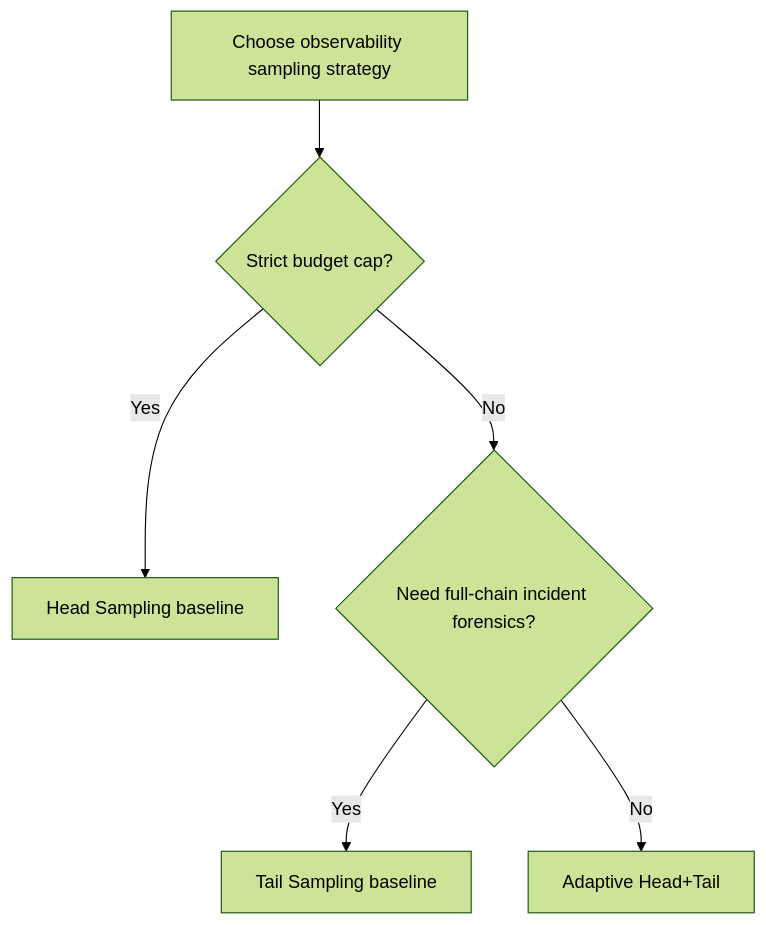
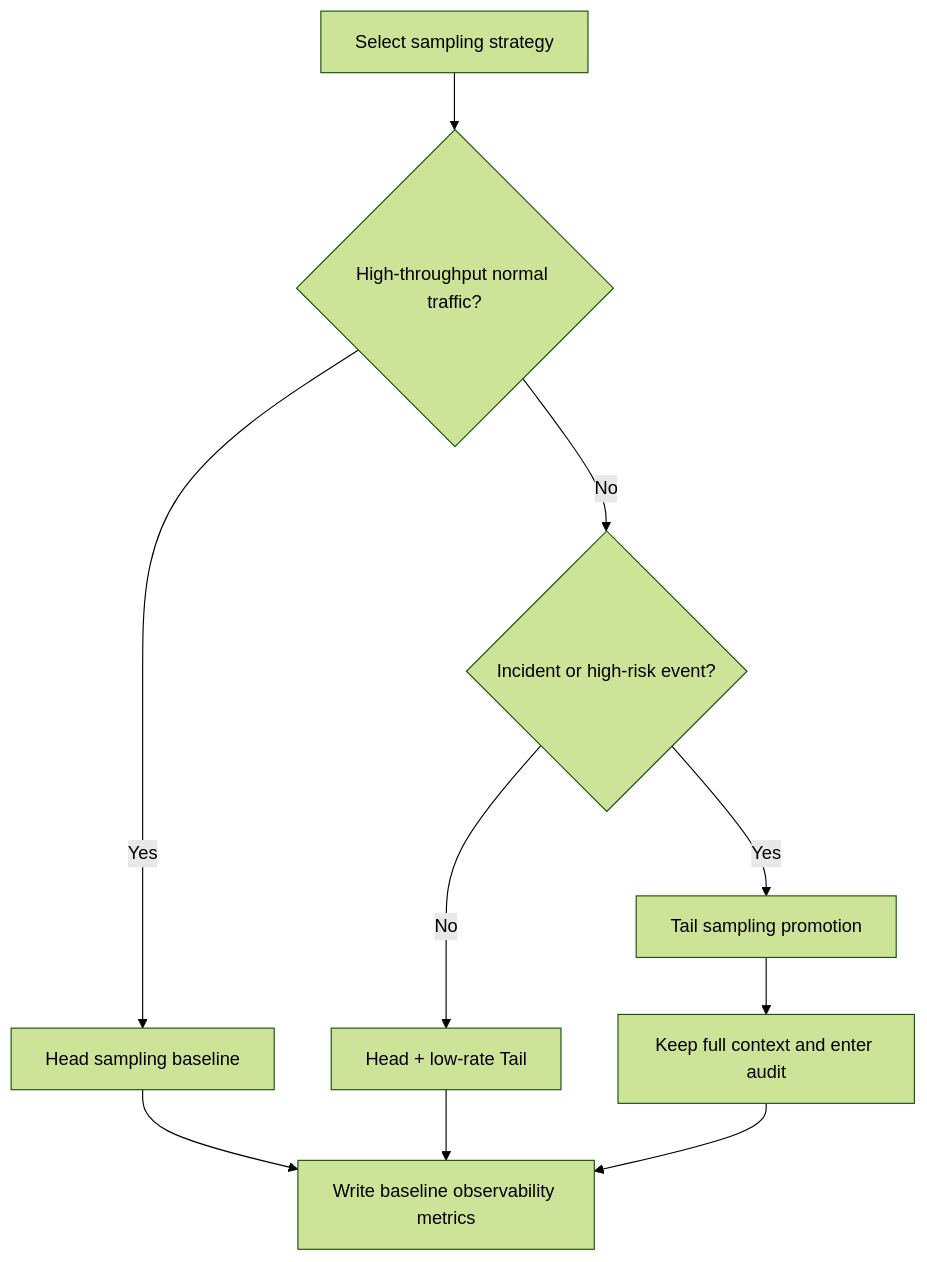
The first of 3 diagrams in workshops/azure-agent-infra/agent-observability-sampling-selection-faq.en.md (turbo998/ai-infra-lab), drawn with Mermaid (forest theme) before and after one commit. The commit also changed other lines of this file and 29 other files, not shown here.

Commit message:
feat: close cycle 413 observability-sampling package

````diff
--- a/workshops/azure-agent-infra/agent-observability-sampling-selection-faq.en.md
+++ b/workshops/azure-agent-infra/agent-observability-sampling-selection-faq.en.md
@@ -33,8 +30,12 @@
 ```mermaid
 flowchart TD
-  A[Choose observability sampling strategy] --> B{Strict budget cap?}
-  B -->|Yes| C[Head Sampling baseline]
-  B -->|No| D{Need full-chain incident forensics?}
-  D -->|Yes| E[Tail Sampling baseline]
-  D -->|No| F[Adaptive Head+Tail]
+  A[Select sampling strategy] --> B{High-throughput normal traffic?}
+  B -->|Yes| C[Head sampling baseline]
+  B -->|No| D{Incident or high-risk event?}
+  D -->|Yes| E[Tail sampling promotion]
+  D -->|No| F[Head + low-rate Tail]
+  E --> G[Keep full context and enter audit]
+  C --> H[Write baseline observability metrics]
+  F --> H
+  G --> H
 ```
````
